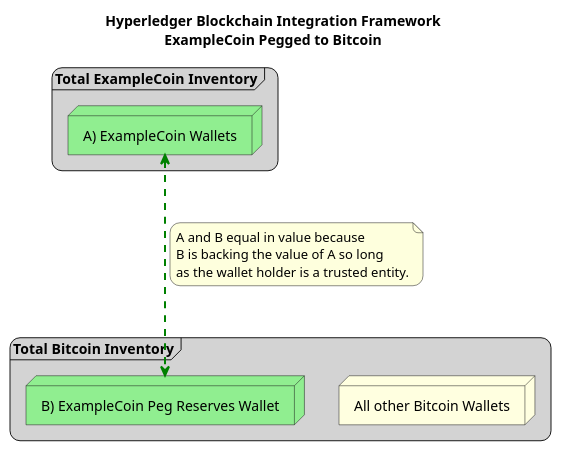
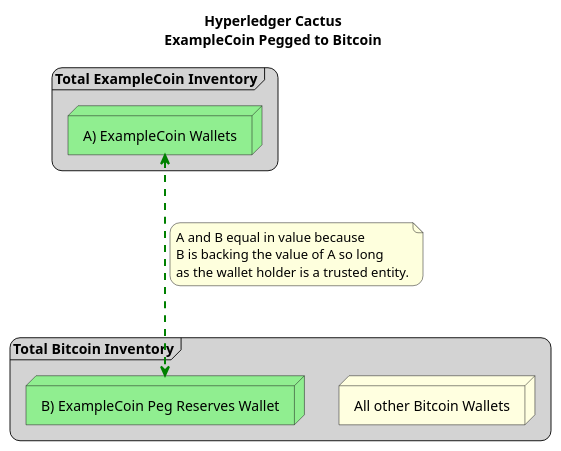
Before and after one commit to hyperledger-cacti/cacti: the diagram in docs/whitepaper/use-case-examplecoin-pegged-to-bitcoin.puml, drawn with PlantUML. The commit also changed 32 other files, not shown here.

Commit message:
docs: Name change to Hyperledger Cactus

```diff
--- a/docs/whitepaper/use-case-examplecoin-pegged-to-bitcoin.puml
+++ b/docs/whitepaper/use-case-examplecoin-pegged-to-bitcoin.puml
@@ -1,29 +1,29 @@
 @startuml ExampleCoin Pegged to Bitcoin
 
-title Hyperledger Blockchain Integration Framework\nExampleCoin Pegged to Bitcoin
+title Hyperledger Cactus\nExampleCoin Pegged to Bitcoin
 
 skinparam sequenceArrowThickness 2
 skinparam roundcorner 20
 skinparam maxmessagesize 60
 skinparam sequenceParticipant underline
 
 frame "Total ExampleCoin Inventory" as teci #LightGray {
   node "A) ExampleCoin Wallets" as ecw #LightGreen {
   }
 }
 
 frame "Total Bitcoin Inventory" as tbi #LightGray {
   node "All other Bitcoin Wallets" as aobw #LightYellow {
   }
   node "B) ExampleCoin Peg Reserves Wallet" as ecprw #LightGreen {
   }
 }
 
 ecw <...> ecprw #Green
 note on link
 A and B equal in value because
 B is backing the value of A so long
 as the wallet holder is a trusted entity.
 end note
 
 @enduml
```
